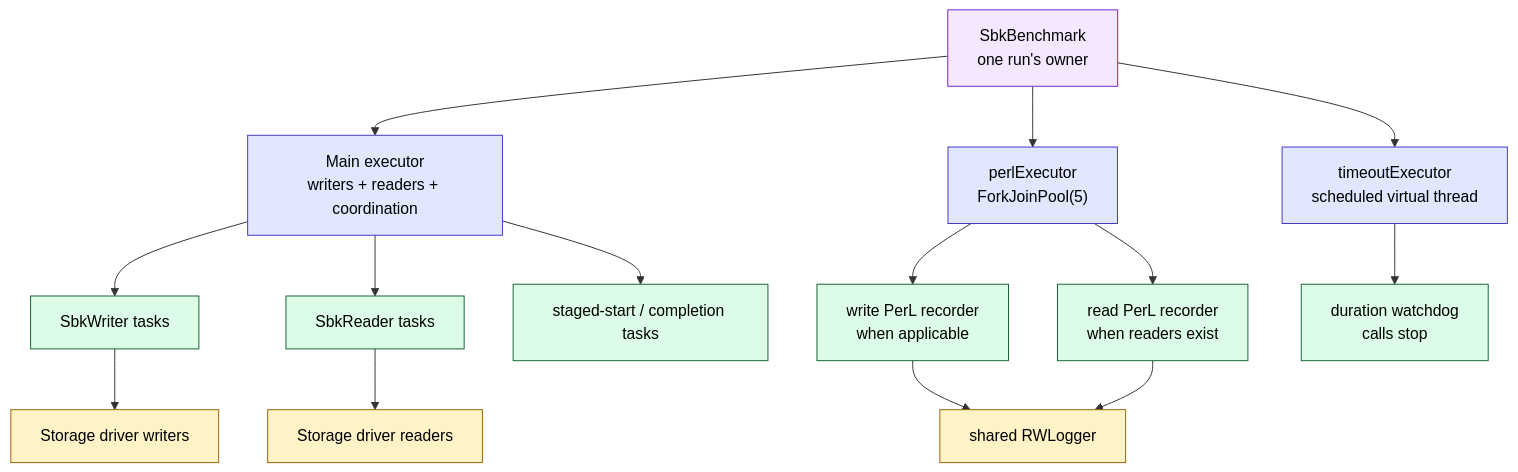
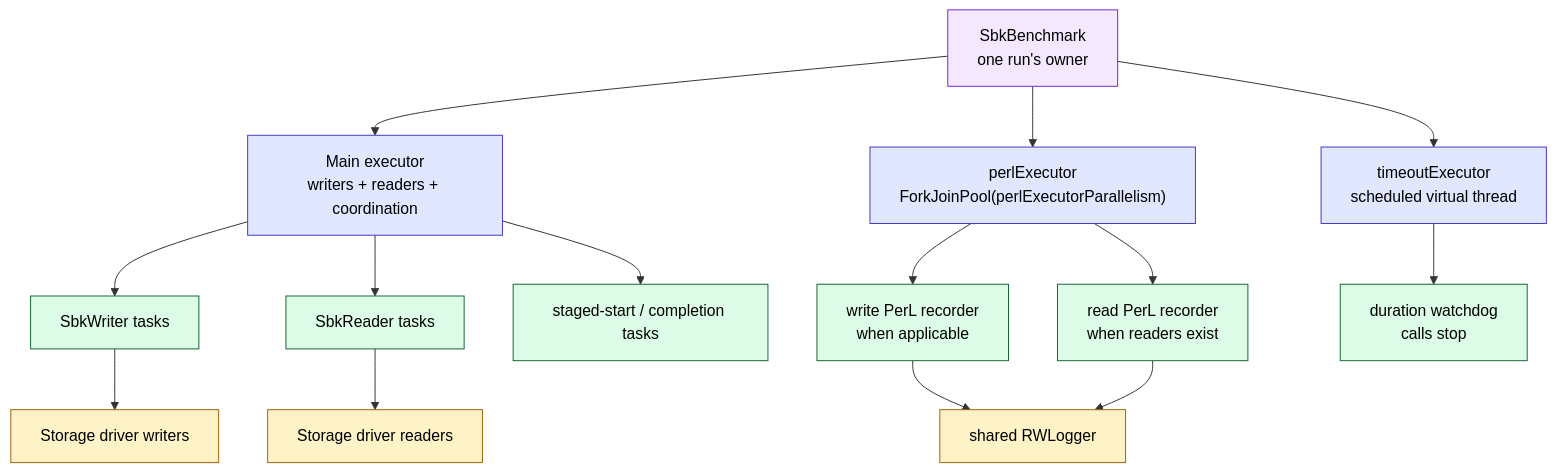
Diagram 17 of 43 in docs/sbk-internals.md (kmgowda/SBK), drawn with Mermaid before and after one commit. The commit also changed other lines of this file and 14 other files, not shown here.

````diff
--- a/docs/sbk-internals.md
+++ b/docs/sbk-internals.md
@@ -1265,30 +1265,30 @@
 ```mermaid
 flowchart TB
     BENCH["SbkBenchmark<br/>one run's owner"]
 
     BENCH --> MAIN["Main executor<br/>writers + readers + coordination"]
     MAIN --> W["SbkWriter tasks"]
     MAIN --> R["SbkReader tasks"]
     MAIN --> STEP["staged-start / completion tasks"]
 
-    BENCH --> PE["perlExecutor<br/>ForkJoinPool(5)"]
+    BENCH --> PE["perlExecutor<br/>ForkJoinPool(perlExecutorParallelism)"]
     PE --> WP["write PerL recorder<br/>when applicable"]
     PE --> RP["read PerL recorder<br/>when readers exist"]
 
     BENCH --> TE["timeoutExecutor<br/>scheduled virtual thread"]
     TE --> STOP["duration watchdog<br/>calls stop"]
 
     W --> STORAGE["Storage driver writers"]
     R --> STORAGE2["Storage driver readers"]
     WP --> LOGGER["shared RWLogger"]
     RP --> LOGGER
 
     classDef owner fill:#f3e8ff,stroke:#7e22ce,color:#000
     classDef executor fill:#e0e7ff,stroke:#4338ca,color:#000
     classDef task fill:#dcfce7,stroke:#166534,color:#000
     classDef external fill:#fef3c7,stroke:#a16207,color:#000
     class BENCH owner
     class MAIN,PE,TE executor
     class W,R,STEP,WP,RP,STOP task
     class STORAGE,STORAGE2,LOGGER external
 ```
````
